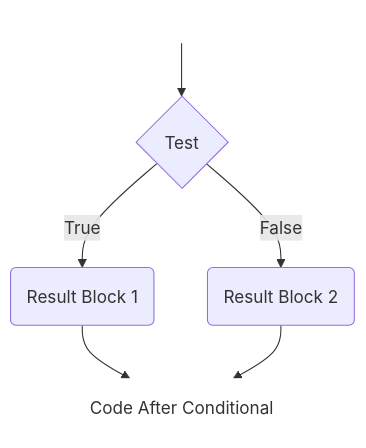
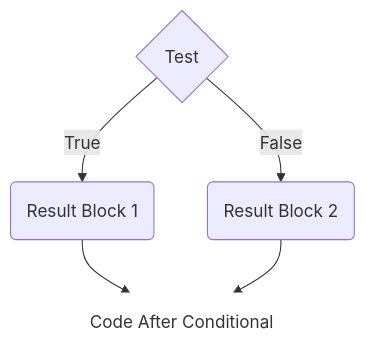
Before and after one commit to lsu-ddem/pathways-site: the second of 2 diagrams in content/1_IntroToCoding/2_MakingThings_Happen/1_Lesson_1/index.md, drawn with Mermaid. The commit also changed other lines of this file, not shown here.

Commit message:
Update Computers Making Choices “index”

```diff
--- a/content/1_IntroToCoding/2_MakingThings_Happen/1_Lesson_1/index.md
+++ b/content/1_IntroToCoding/2_MakingThings_Happen/1_Lesson_1/index.md
@@ -18,16 +17,12 @@
 {{<mermaid align="center">}}
 graph TD
 
-START[ ]
-START --> A
 A{Test} -->|True| B(Result Block 1)
-
-A{Test} -->|False| D(Result Block 2) 
-
+A{Test} -->|False| D(Result Block 2)
 B-->E(Code After Conditional)
 D-->E
 
-style START fill:#FFFFFF, stroke:#FFFFFF;
-style E  fill:#FFFFFF, stroke:#FFFFFF;
+style E fill:#FFFFFF, stroke:#FFFFFF;
+
 
 {{< /mermaid >}}
```
